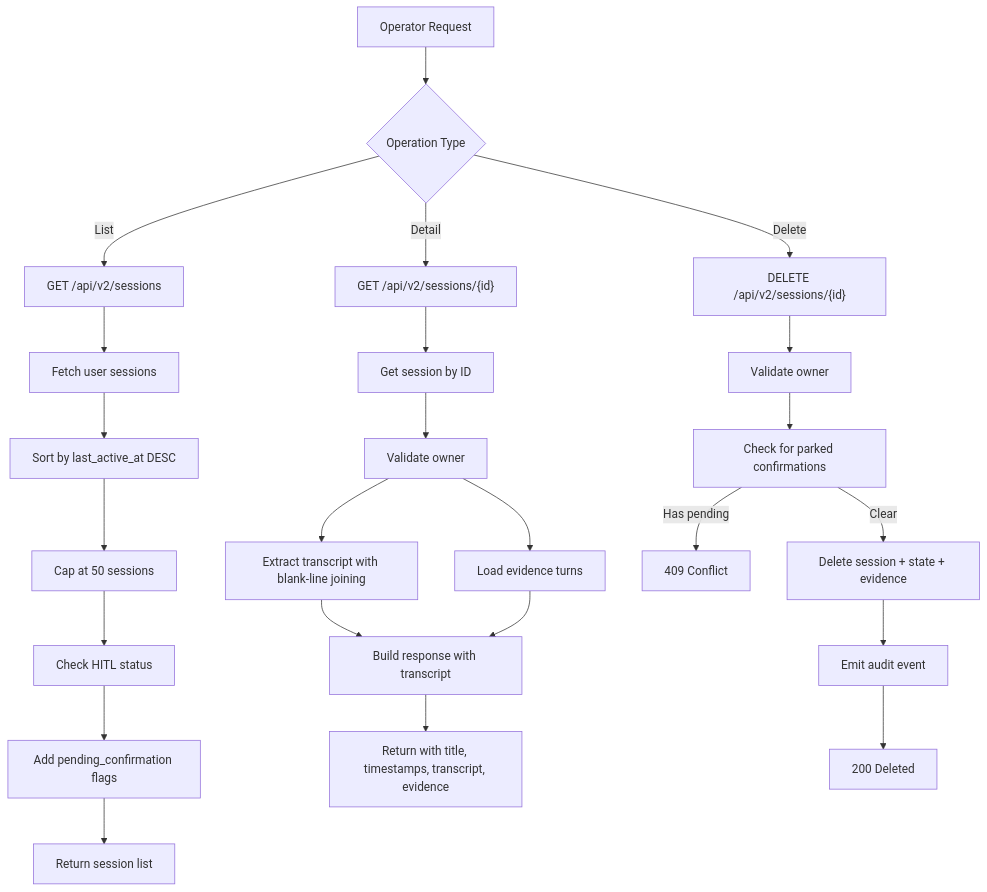
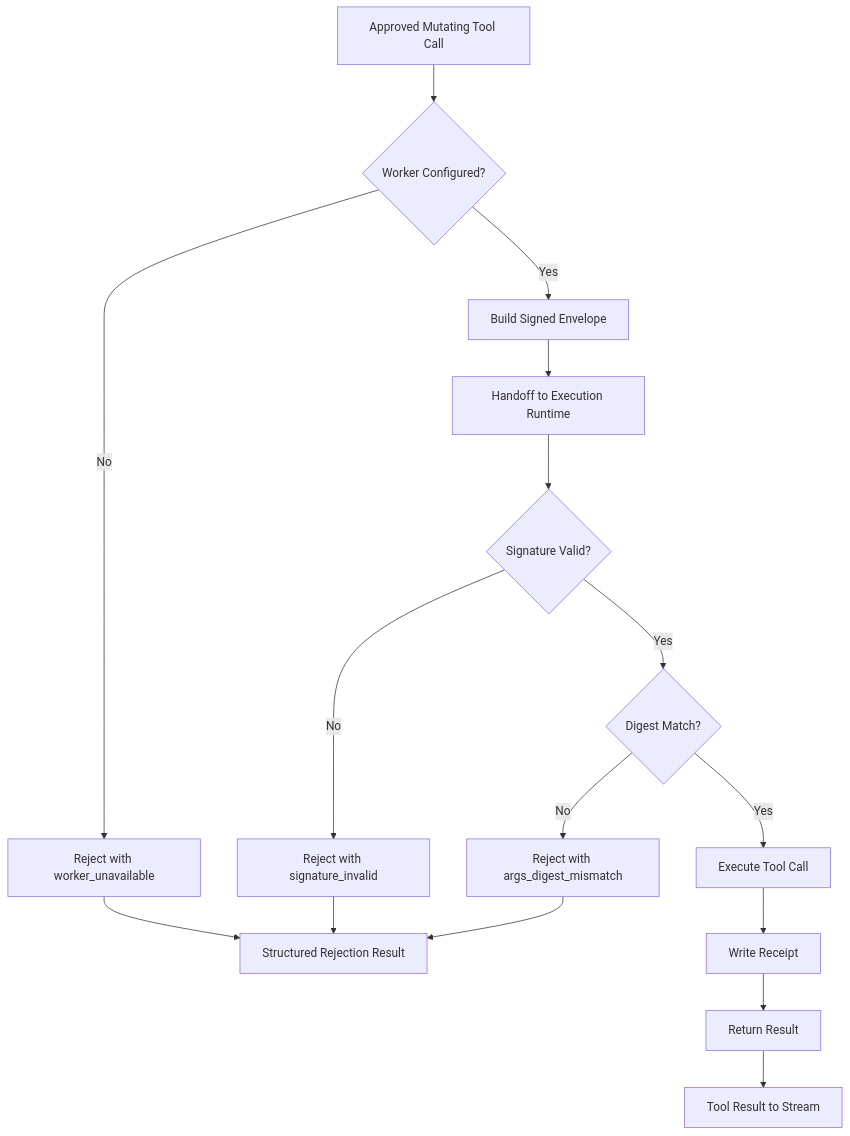
One commit to metasync/luban-aiops changed diagram 17 of 33 in .qoder/repowiki/en/content/Agent Platform Service/Agent Platform Service.md. Above: the diagram before and after it, drawn with Mermaid. The commit also changed other lines of this file and 5 other files, not shown here.

````diff
--- a/.qoder/repowiki/en/content/Agent Platform Service/Agent Platform Service.md
+++ b/.qoder/repowiki/en/content/Agent Platform Service/Agent Platform Service.md
@@ -1047,26 +1181,18 @@
 ```mermaid
 flowchart TD
-A["Operator Request"] --> B{"Operation Type"}
-B --> |List| C["GET /api/v2/sessions"]
-B --> |Detail| D["GET /api/v2/sessions/{id}"]
-B --> |Delete| E["DELETE /api/v2/sessions/{id}"]
-C --> F["Fetch user sessions"]
-F --> G["Sort by last_active_at DESC"]
-G --> H["Cap at 50 sessions"]
-H --> I["Check HITL status"]
-I --> J["Add pending_confirmation flags"]
-J --> K["Return session list"]
-D --> L["Get session by ID"]
-L --> M["Validate owner"]
-M --> N["Extract transcript with blank-line joining"]
-M --> O["Load evidence turns"]
-N --> P["Build response with transcript"]
-O --> P
-P --> Q["Return with title, timestamps, transcript, evidence"]
-E --> R["Validate owner"]
-R --> S["Check for parked confirmations"]
-S --> |Has pending| T["409 Conflict"]
-S --> |Clear| U["Delete session + state + evidence"]
-U --> V["Emit audit event"]
-V --> W["200 Deleted"]
+A["Approved Mutating Tool Call"] --> B{"Worker Configured?"}
+B --> |No| C["Reject with worker_unavailable"]
+B --> |Yes| D["Build Signed Envelope"]
+D --> E["Handoff to Execution Runtime"]
+E --> F{"Signature Valid?"}
+F --> |No| G["Reject with signature_invalid"]
+F --> |Yes| H{"Digest Match?"}
+H --> |No| I["Reject with args_digest_mismatch"]
+H --> |Yes| J["Execute Tool Call"]
+J --> K["Write Receipt"]
+K --> L["Return Result"]
+C --> M["Structured Rejection Result"]
+G --> M
+I --> M
+L --> N["Tool Result to Stream"]
 ```
````
